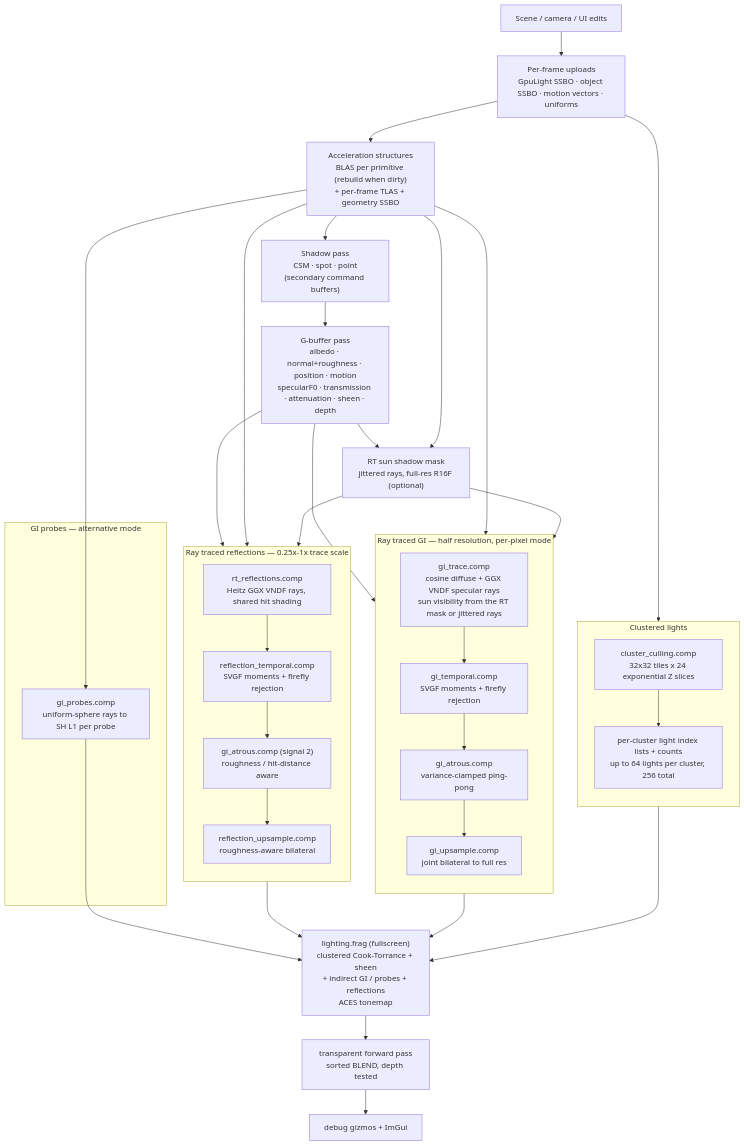
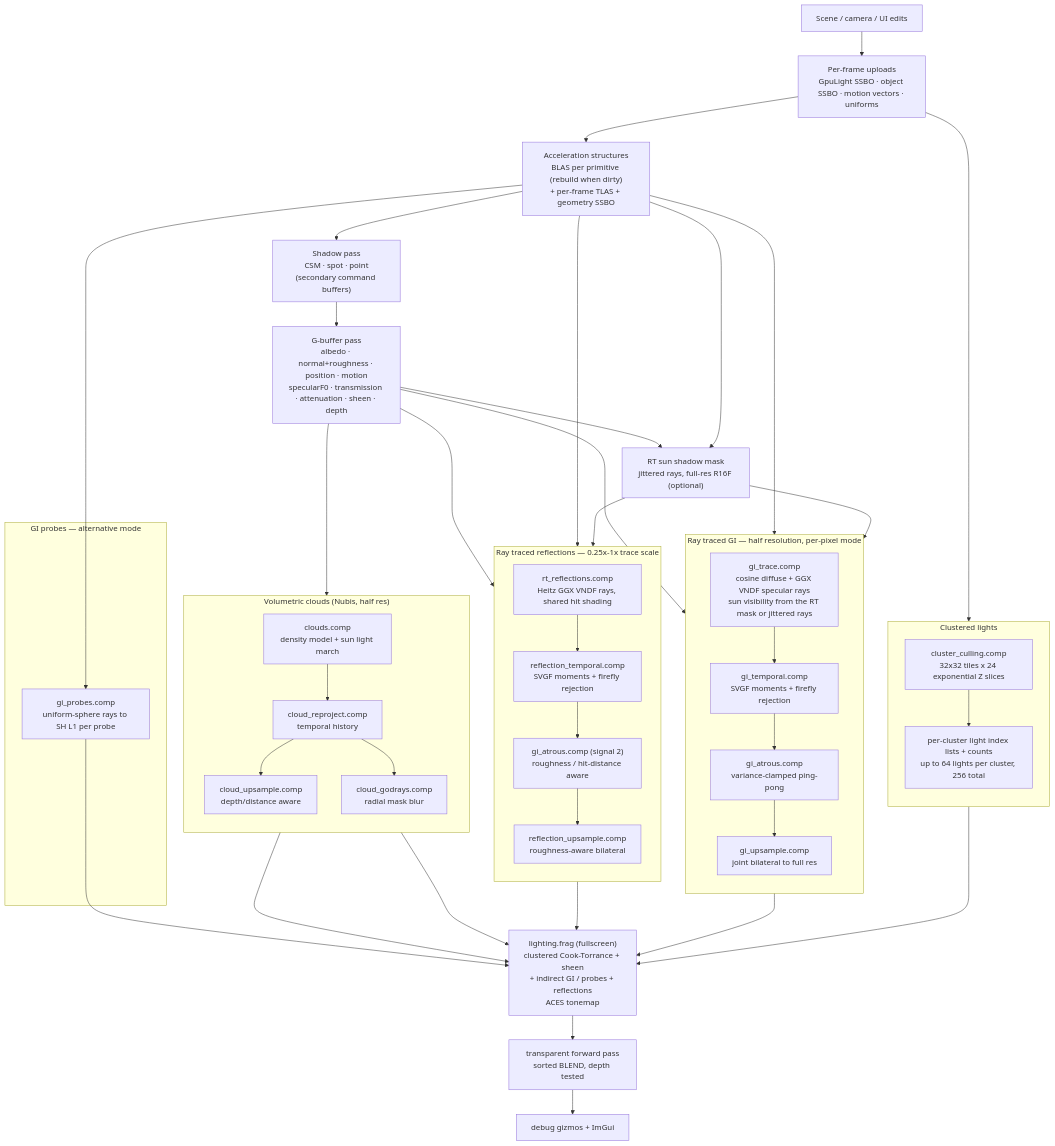
Before and after one commit to mukarramarif/MukkiRebornEngine: the diagram in readme.md, drawn with Mermaid. The commit also changed other lines of this file and 21 other files, not shown here.

````diff
--- a/readme.md
+++ b/readme.md
@@ -121,55 +121,68 @@
 ```mermaid
 flowchart TB
     CPU["Scene / camera / UI edits"] --> UPLOAD["Per-frame uploads<br/>GpuLight SSBO · object SSBO · motion vectors · uniforms"]
     UPLOAD --> AS["Acceleration structures<br/>BLAS per primitive (rebuild when dirty)<br/>+ per-frame TLAS + geometry SSBO"]
 
     AS --> SHADOW["Shadow pass<br/>CSM · spot · point<br/>(secondary command buffers)"]
     SHADOW --> GBUFFER["G-buffer pass<br/>albedo · normal+roughness · position · motion<br/>specularF0 · transmission · attenuation · sheen · depth"]
     GBUFFER --> RTSHADOW["RT sun shadow mask<br/>jittered rays, full-res R16F (optional)"]
     AS --> RTSHADOW
 
     subgraph CLUSTERS ["Clustered lights"]
         direction TB
         CULL["cluster_culling.comp<br/>32x32 tiles x 24 exponential Z slices"]
         LISTS["per-cluster light index lists + counts<br/>up to 64 lights per cluster, 256 total"]
         CULL --> LISTS
     end
     UPLOAD --> CULL
 
     subgraph GI ["Ray traced GI — half resolution, per-pixel mode"]
         direction TB
         TRACE["gi_trace.comp<br/>cosine diffuse + GGX VNDF specular rays<br/>sun visibility from the RT mask or jittered rays"]
         TEMPORAL["gi_temporal.comp<br/>SVGF moments + firefly rejection"]
         ATROUS["gi_atrous.comp<br/>variance-clamped ping-pong"]
         UPSAMPLE["gi_upsample.comp<br/>joint bilateral to full res"]
         TRACE --> TEMPORAL --> ATROUS --> UPSAMPLE
     end
     GBUFFER --> TRACE
     AS --> TRACE
     RTSHADOW --> TRACE
 
     subgraph PROBES ["GI probes — alternative mode"]
         PROBEPASS["gi_probes.comp<br/>uniform-sphere rays to SH L1 per probe"]
     end
     AS --> PROBEPASS
 
     subgraph REFL ["Ray traced reflections — 0.25x-1x trace scale"]
         direction TB
         RTRACE["rt_reflections.comp<br/>Heitz GGX VNDF rays, shared hit shading"]
         RTEMPORAL["reflection_temporal.comp<br/>SVGF moments + firefly rejection"]
         RATROUS["gi_atrous.comp (signal 2)<br/>roughness / hit-distance aware"]
         RUP["reflection_upsample.comp<br/>roughness-aware bilateral"]
         RTRACE --> RTEMPORAL --> RATROUS --> RUP
     end
     GBUFFER --> RTRACE
     AS --> RTRACE
     RTSHADOW --> RTRACE
 
+    subgraph CLOUDS ["Volumetric clouds (Nubis, half res)"]
+        direction TB
+        CMARCH["clouds.comp<br/>density model + sun light march"]
+        CTEMP["cloud_reproject.comp<br/>temporal history"]
+        CUP["cloud_upsample.comp<br/>depth/distance aware"]
+        CGOD["cloud_godrays.comp<br/>radial mask blur"]
+        CMARCH --> CTEMP --> CUP
+        CTEMP --> CGOD
+    end
+    GBUFFER --> CMARCH
+    CUP --> LIGHTING
+    CGOD --> LIGHTING
+
     LIGHTING["lighting.frag (fullscreen)<br/>clustered Cook-Torrance + sheen<br/>+ indirect GI / probes + reflections<br/>ACES tonemap"]
     LISTS --> LIGHTING
     UPSAMPLE --> LIGHTING
     PROBEPASS --> LIGHTING
     RUP --> LIGHTING
     LIGHTING --> TRANSPARENT["transparent forward pass<br/>sorted BLEND, depth tested"]
     TRANSPARENT --> OVERLAY["debug gizmos + ImGui"]
 ```
````
